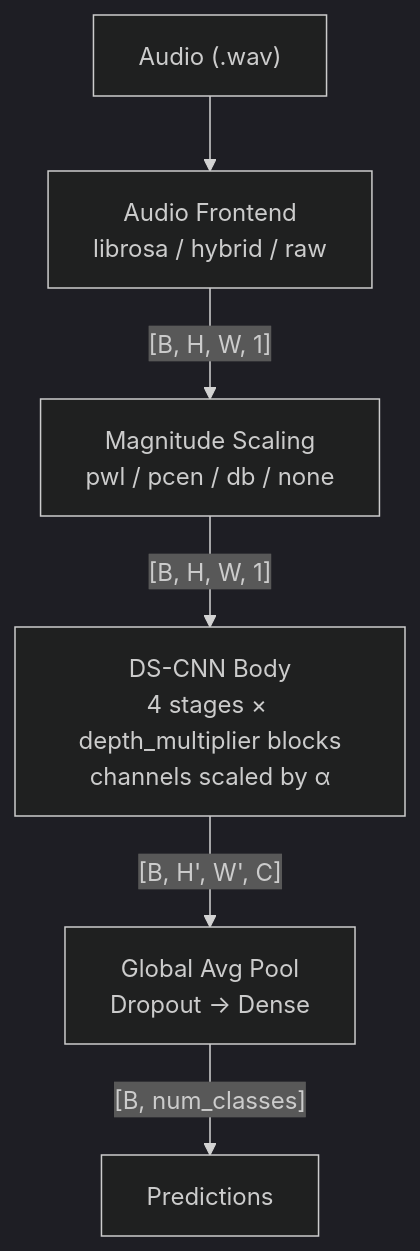
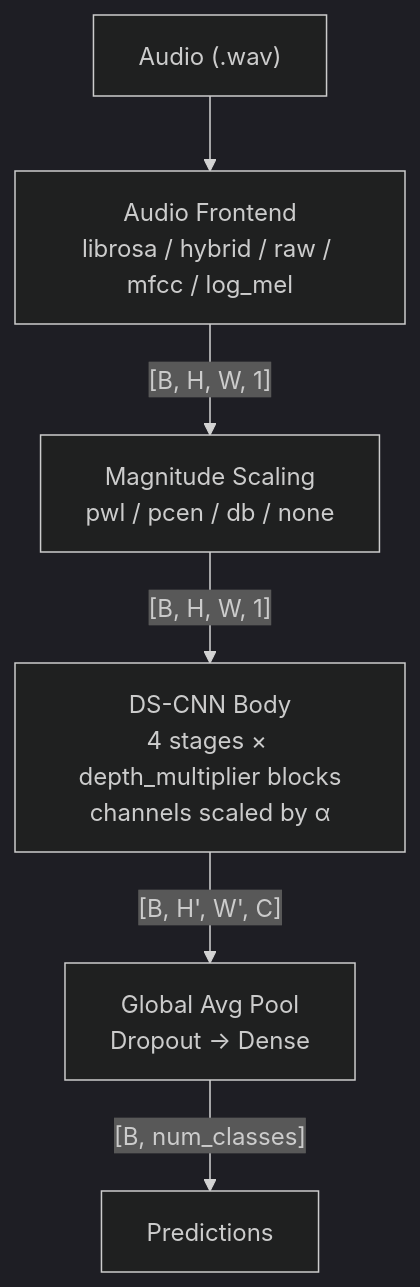
One commit to birdnet-team/birdnet-stm32 changed the first of 4 diagrams in docs/dev/architecture.md. Above: the diagram before and after it, drawn with Mermaid (dark theme). The commit also changed 8 other files, not shown here.

````diff
--- a/docs/dev/architecture.md
+++ b/docs/dev/architecture.md
@@ -5,8 +5,8 @@
 ```mermaid
 flowchart TD
-    A["Audio (.wav)"] --> B["Audio Frontend\nlibrosa / hybrid / raw"]
+    A["Audio (.wav)"] --> B["Audio Frontend\nlibrosa / hybrid / raw / mfcc / log_mel"]
     B -->|"[B, H, W, 1]"| C["Magnitude Scaling\npwl / pcen / db / none"]
     C -->|"[B, H, W, 1]"| D["DS-CNN Body\n4 stages × depth_multiplier blocks\nchannels scaled by α"]
     D -->|"[B, H', W', C]"| E["Global Avg Pool\nDropout → Dense"]
     E -->|"[B, num_classes]"| F["Predictions"]
 ```
````
